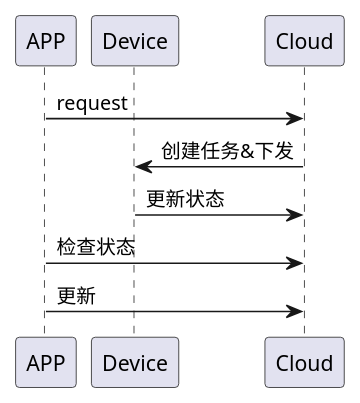
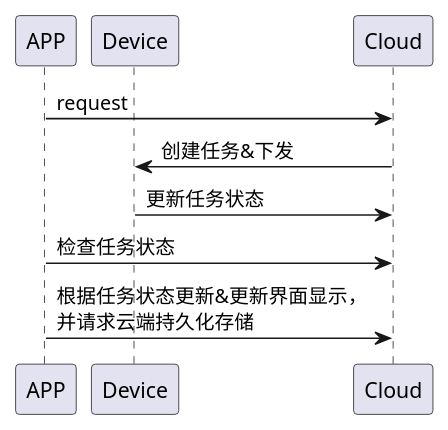
One commit to doraemon-hub-art/DOCSIFY_DOC changed the second of 3 diagrams in docs/ExpSummary/iot_world_data.md. Above: the diagram before and after it, drawn with PlantUML. The commit also changed other lines of this file and 1 other file, not shown here.

````diff
--- a/docs/ExpSummary/iot_world_data.md
+++ b/docs/ExpSummary/iot_world_data.md
@@ -74,16 +72,15 @@
 ```plantuml
 @startuml
 
 participant APP as app
 participant Device as device
 participant Cloud as cloud
 
 app -> cloud : request
 cloud -> device : 创建任务&下发
-device -> cloud : 更新状态
-app -> cloud : 检查状态
-app -> cloud : 更新
-
+device -> cloud : 更新任务状态
+app -> cloud : 检查任务状态
+app -> cloud : 根据任务状态更新&更新界面显示，\n并请求云端持久化存储
 
 @enduml
 ```
````
